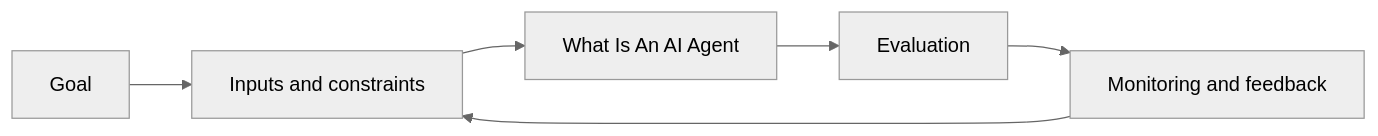
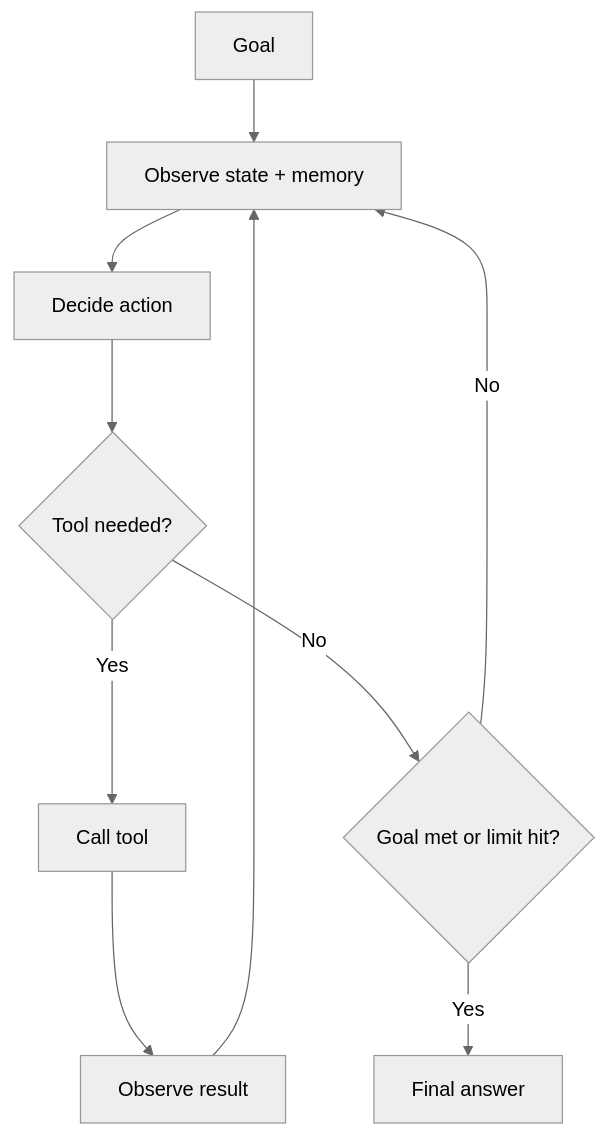
Before and after one commit to Icon1cc/Machine-Learning: the diagram in agents/01-what-is-an-ai-agent.md, drawn with Mermaid (neutral theme). The commit also changed other lines of this file and 118 other files, not shown here.

````diff
--- a/agents/01-what-is-an-ai-agent.md
+++ b/agents/01-what-is-an-ai-agent.md
@@ -93,8 +70,12 @@
 ```mermaid
-flowchart LR
-    A[Goal] --> B[Inputs and constraints]
-    B --> C[What Is An AI Agent]
-    C --> D[Evaluation]
-    D --> E[Monitoring and feedback]
-    E --> B
+flowchart TD
+    A[Goal] --> B[Observe state + memory]
+    B --> C[Decide action]
+    C --> D{Tool needed?}
+    D -- Yes --> E[Call tool]
+    E --> F[Observe result]
+    F --> B
+    D -- No --> G{Goal met or limit hit?}
+    G -- No --> B
+    G -- Yes --> H[Final answer]
 ```
````
